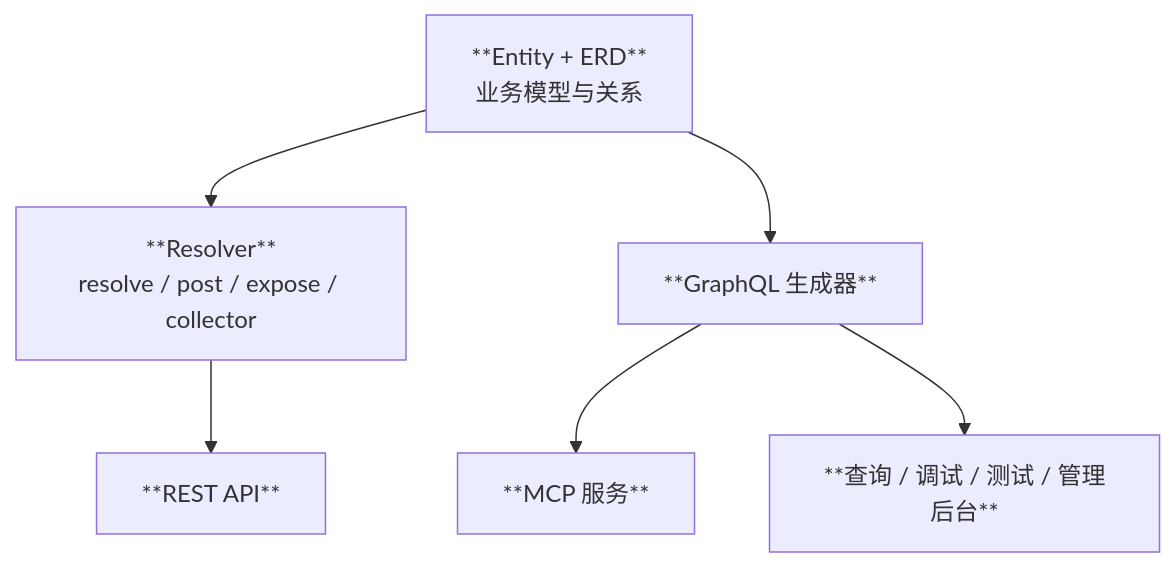
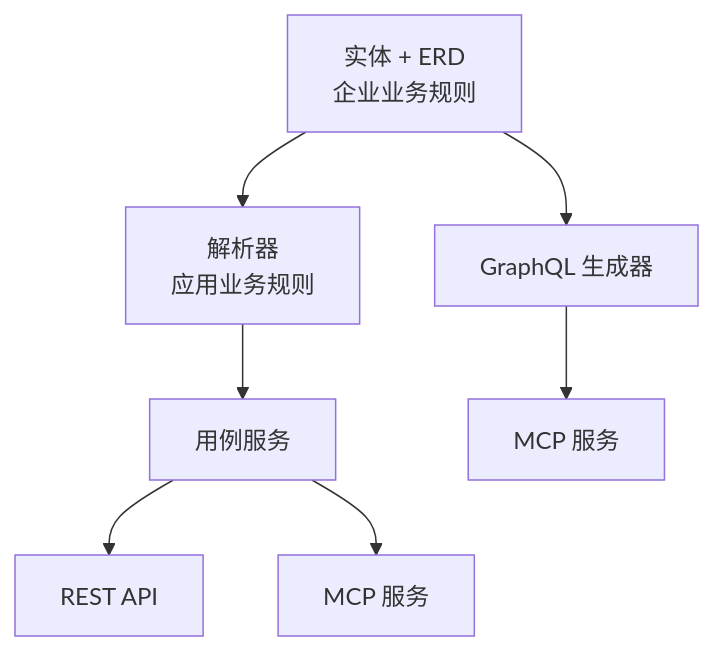
The second of 2 diagrams in README.zh.md (allmonday/pydantic-resolve), drawn with Mermaid before and after one commit. The commit also changed other lines of this file and 17 other files, not shown here.

First line of the commit message:
Refactor documentation to emphasize Clean Architecture principles

````diff
--- a/README.zh.md
+++ b/README.zh.md
@@ -86,15 +97,17 @@
 ```mermaid
 flowchart TB
-    entity["**Entity + ERD**<br/>业务模型与关系"]
-    resolve["**Resolver**<br/>resolve / post / expose / collector"]
-    graphql["**GraphQL 生成器**"]
-    api["**REST API**"]
-    mcp["**MCP 服务**"]
-    ops["**查询 / 调试 / 测试 / 管理后台**"]
+    entity["实体 + ERD<br/>企业业务规则"]
+    resolve["解析器<br/>应用业务规则"]
+    graphql["GraphQL 生成器"]
+    usecase["用例服务"]
+    api["REST API"]
+    mcp1["MCP 服务"]
+    mcp2["MCP 服务"]
 
     entity --> resolve
     entity --> graphql
-    resolve --> api
-    graphql --> mcp
-    graphql --> ops
+    resolve --> usecase
+    usecase --> api
+    usecase --> mcp1
+    graphql --> mcp2
 ```
````
